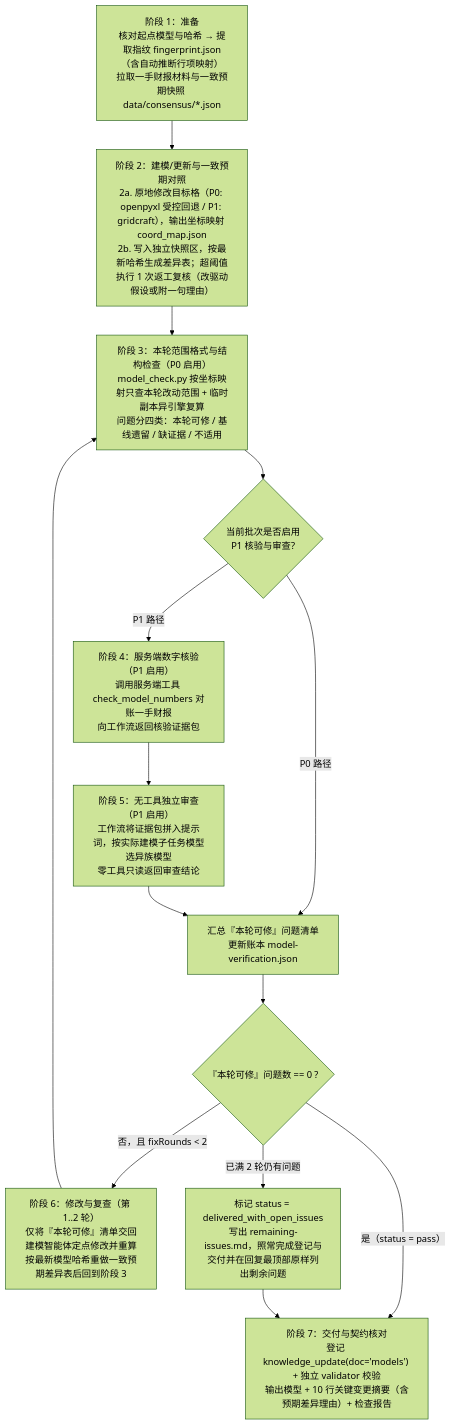
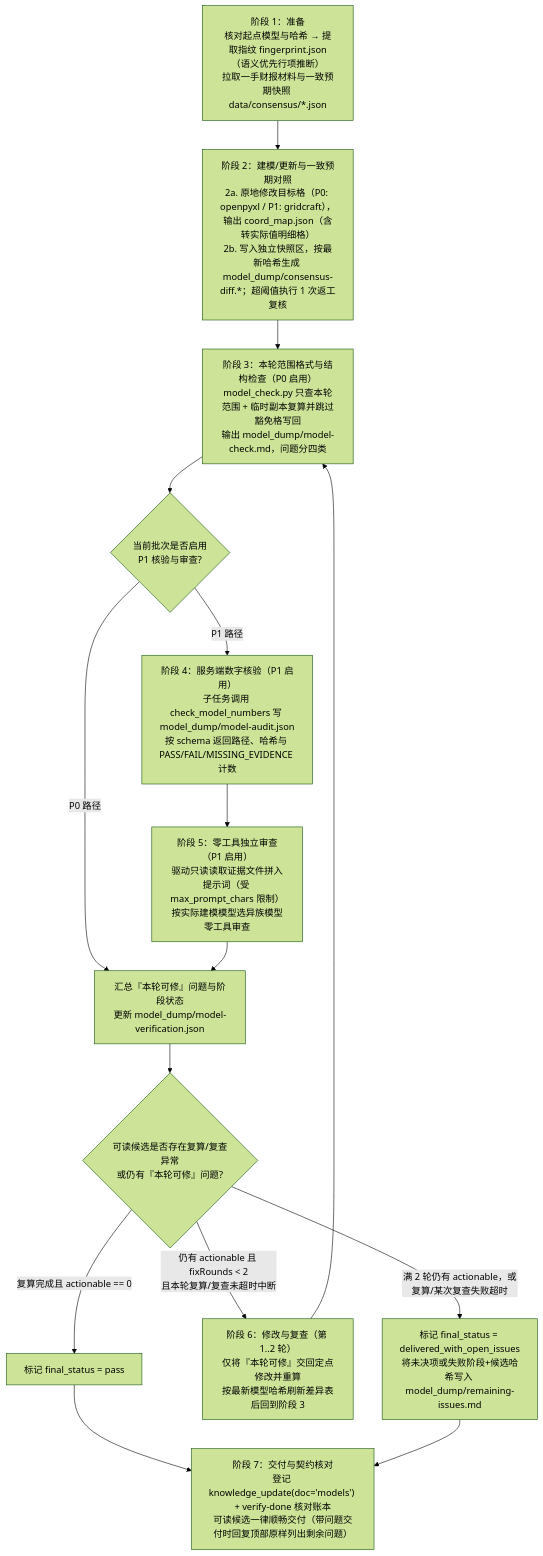
The diagram in docs/dalton/features/modeling-v2.md (everflowinv/dalton-langalpha), drawn with Mermaid (forest theme) before and after one commit. The commit also changed other lines of this file, not shown here.

Commit message:
docs(modeling-v2): design r4 (final round)

````diff
--- a/docs/dalton/features/modeling-v2.md
+++ b/docs/dalton/features/modeling-v2.md
@@ -111,16 +114,17 @@
 ```mermaid
 flowchart TD
-    S1["阶段 1：准备<br/>核对起点模型与哈希 → 提取指纹 fingerprint.json（含自动推断行项映射）<br/>拉取一手财报材料与一致预期快照 data/consensus/*.json"] --> S2["阶段 2：建模/更新与一致预期对照<br/>2a. 原地修改目标格（P0: openpyxl 受控回退 / P1: gridcraft），输出坐标映射 coord_map.json<br/>2b. 写入独立快照区，按最新哈希生成差异表；超阈值执行 1 次返工复核（改驱动假设或附一句理由）"]
-    S2 --> S3["阶段 3：本轮范围格式与结构检查（P0 启用）<br/>model_check.py 按坐标映射只查本轮改动范围 + 临时副本异引擎复算<br/>问题分四类：本轮可修 / 基线遗留 / 缺证据 / 不适用"]
+    S1["阶段 1：准备<br/>核对起点模型与哈希 → 提取指纹 fingerprint.json（语义优先行项推断）<br/>拉取一手财报材料与一致预期快照 data/consensus/*.json"] --> S2["阶段 2：建模/更新与一致预期对照<br/>2a. 原地修改目标格（P0: openpyxl / P1: gridcraft），输出 coord_map.json（含转实际值明细格）<br/>2b. 写入独立快照区，按最新哈希生成 model_dump/consensus-diff.*；超阈值执行 1 次返工复核"]
+    S2 --> S3["阶段 3：本轮范围格式与结构检查（P0 启用）<br/>model_check.py 只查本轮范围 + 临时副本复算并跳过豁免格写回<br/>输出 model_dump/model-check.md，问题分四类"]
     S3 --> P1Gate{"当前批次是否启用<br/>P1 核验与审查?"}
-    P1Gate -->|"P0 路径"| Merge["汇总『本轮可修』问题清单<br/>更新账本 model-verification.json"]
-    P1Gate -->|"P1 路径"| S4["阶段 4：服务端数字核验（P1 启用）<br/>调用服务端工具 check_model_numbers 对账一手财报<br/>向工作流返回核验证据包"]
-    S4 --> S5["阶段 5：无工具独立审查（P1 启用）<br/>工作流将证据包拼入提示词，按实际建模子任务模型选异族模型<br/>零工具只读返回审查结论"]
+    P1Gate -->|"P0 路径"| Merge["汇总『本轮可修』问题与阶段状态<br/>更新 model_dump/model-verification.json"]
+    P1Gate -->|"P1 路径"| S4["阶段 4：服务端数字核验（P1 启用）<br/>子任务调用 check_model_numbers 写 model_dump/model-audit.json<br/>按 schema 返回路径、哈希与 PASS/FAIL/MISSING_EVIDENCE 计数"]
+    S4 --> S5["阶段 5：零工具独立审查（P1 启用）<br/>驱动只读读取证据文件拼入提示词（受 max_prompt_chars 限制）<br/>按实际建模模型选异族模型零工具审查"]
     S5 --> Merge
-    Merge --> Judge{"『本轮可修』问题数 == 0 ?"}
-    Judge -->|"是（status = pass）"| S7["阶段 7：交付与契约核对<br/>登记 knowledge_update(doc='models') + 独立 validator 校验<br/>输出模型 + 10 行关键变更摘要（含预期差异理由）+ 检查报告"]
-    Judge -->|"否，且 fixRounds < 2"| S6["阶段 6：修改与复查（第 1..2 轮）<br/>仅将『本轮可修』清单交回建模智能体定点修改并重算<br/>按最新模型哈希重做一致预期差异表后回到阶段 3"]
+    Merge --> Judge{"可读候选是否存在复算/复查异常<br/>或仍有『本轮可修』问题?"}
+    Judge -->|"复算完成且 actionable == 0"| Pass["标记 final_status = pass"]
+    Judge -->|"仍有 actionable 且 fixRounds < 2<br/>且本轮复算/复查未超时中断"| S6["阶段 6：修改与复查（第 1..2 轮）<br/>仅将『本轮可修』交回定点修改并重算<br/>按最新模型哈希刷新差异表后回到阶段 3"]
     S6 --> S3
-    Judge -->|"已满 2 轮仍有问题"| DeliverOpen["标记 status = delivered_with_open_issues<br/>写出 remaining-issues.md，照常完成登记与交付并在回复最顶部原样列出剩余问题"]
+    Judge -->|"满 2 轮仍有 actionable，或复算/某次复查失败超时"| DeliverOpen["标记 final_status = delivered_with_open_issues<br/>将未决项或失败阶段+候选哈希写入 model_dump/remaining-issues.md"]
+    Pass --> S7["阶段 7：交付与契约核对<br/>登记 knowledge_update(doc='models') + verify-done 核对账本<br/>可读候选一律顺畅交付（带问题交付时回复顶部原样列出剩余问题）"]
     DeliverOpen --> S7
 ```
````
